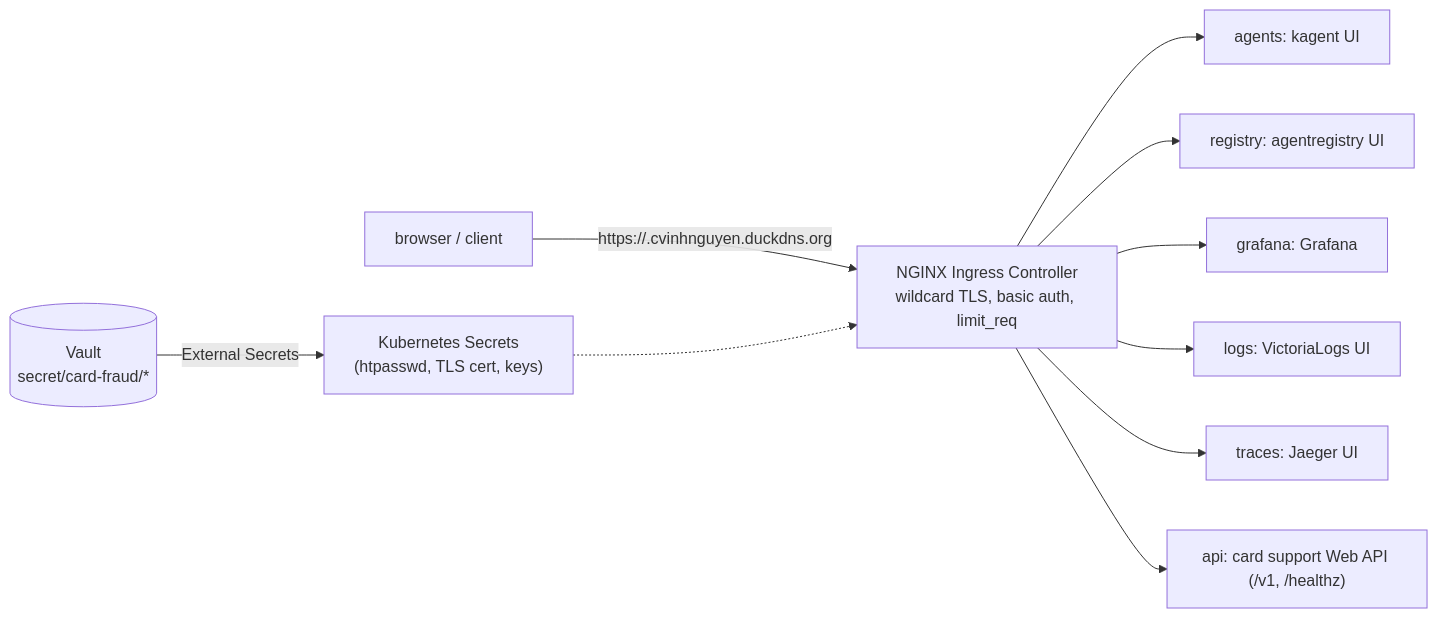
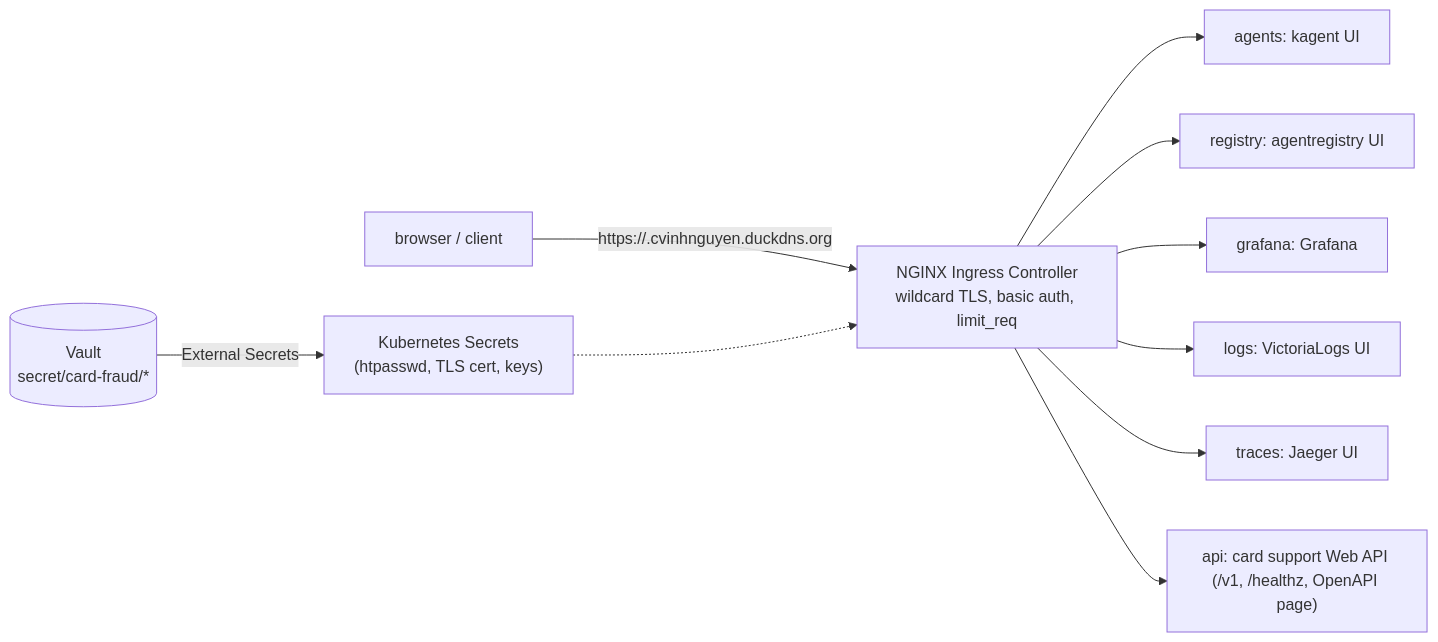
Before and after one commit to cvinhnguyen/card-fraud-platform: the diagram in docs/edge_security.md, drawn with Mermaid. The commit also changed other lines of this file and 34 other files, not shown here.

````diff
--- a/docs/edge_security.md
+++ b/docs/edge_security.md
@@ -8,12 +18,12 @@
 ```mermaid
 flowchart LR
     b["browser / client"] -->|"https://<host>.cvinhnguyen.duckdns.org"| n["NGINX Ingress Controller<br/>wildcard TLS, basic auth, limit_req"]
     n --> a["agents: kagent UI"]
     n --> r["registry: agentregistry UI"]
     n --> g["grafana: Grafana"]
     n --> l["logs: VictoriaLogs UI"]
     n --> t["traces: Jaeger UI"]
-    n --> w["api: card support Web API (/v1, /healthz)"]
+    n --> w["api: card support Web API (/v1, /healthz, OpenAPI page)"]
     v[("Vault<br/>secret/card-fraud/*")] -->|"External Secrets"| s["Kubernetes Secrets<br/>(htpasswd, TLS cert, keys)"]
     s -.-> n
 ```
````
